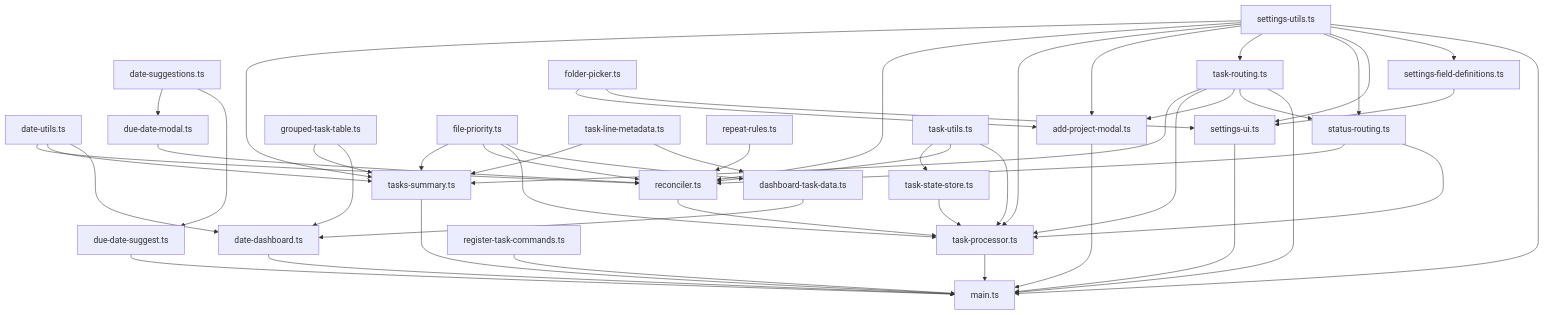
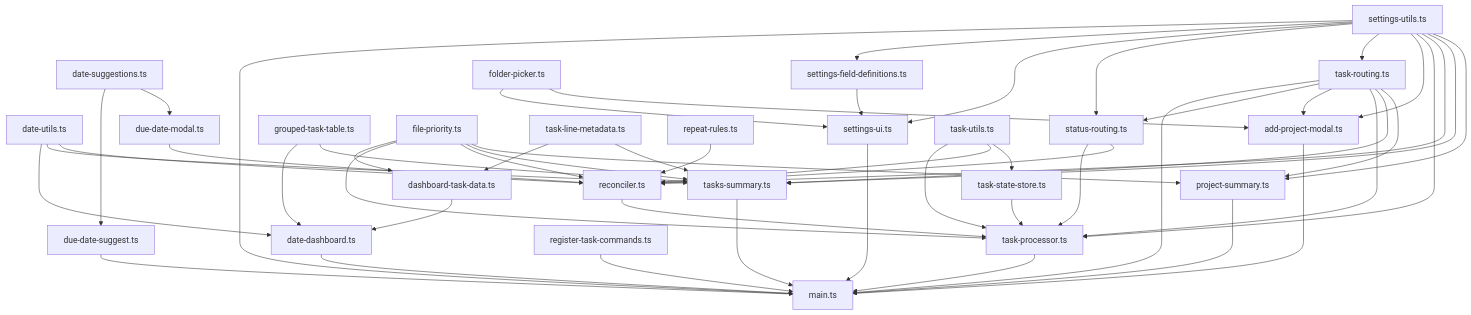
The diagram in README.md (apurvanakade/obsidian-task-manager), drawn with Mermaid before and after one commit. The commit also changed other lines of this file and 15 other files, not shown here.

````diff
--- a/README.md
+++ b/README.md
@@ -231,6 +235,7 @@
    TS[task-state-store.ts]
    TU[task-utils.ts]
    SUM[tasks-summary.ts]
+   PSUM[project-summary.ts]
    CMD[register-task-commands.ts]
 
     D --> M
@@ -241,6 +246,7 @@
     AP --> M
     TP --> M
     SUM --> M
+    PSUM --> M
     CMD --> M
 
      DTD --> D
@@ -288,4 +294,7 @@
     RT --> SUM
     PRI --> SUM
     SU --> SUM
+    PRI --> PSUM
+    SU --> PSUM
+    RT --> PSUM
 ```
````
